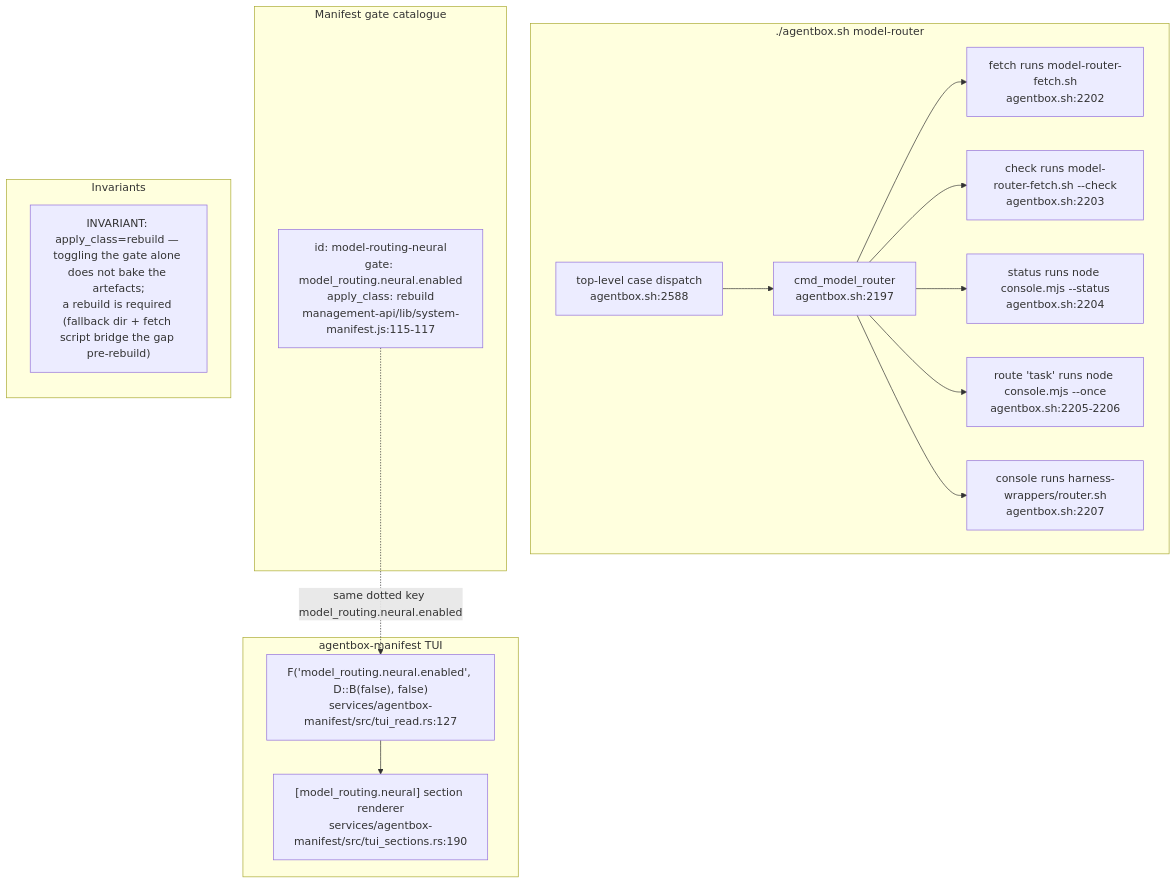
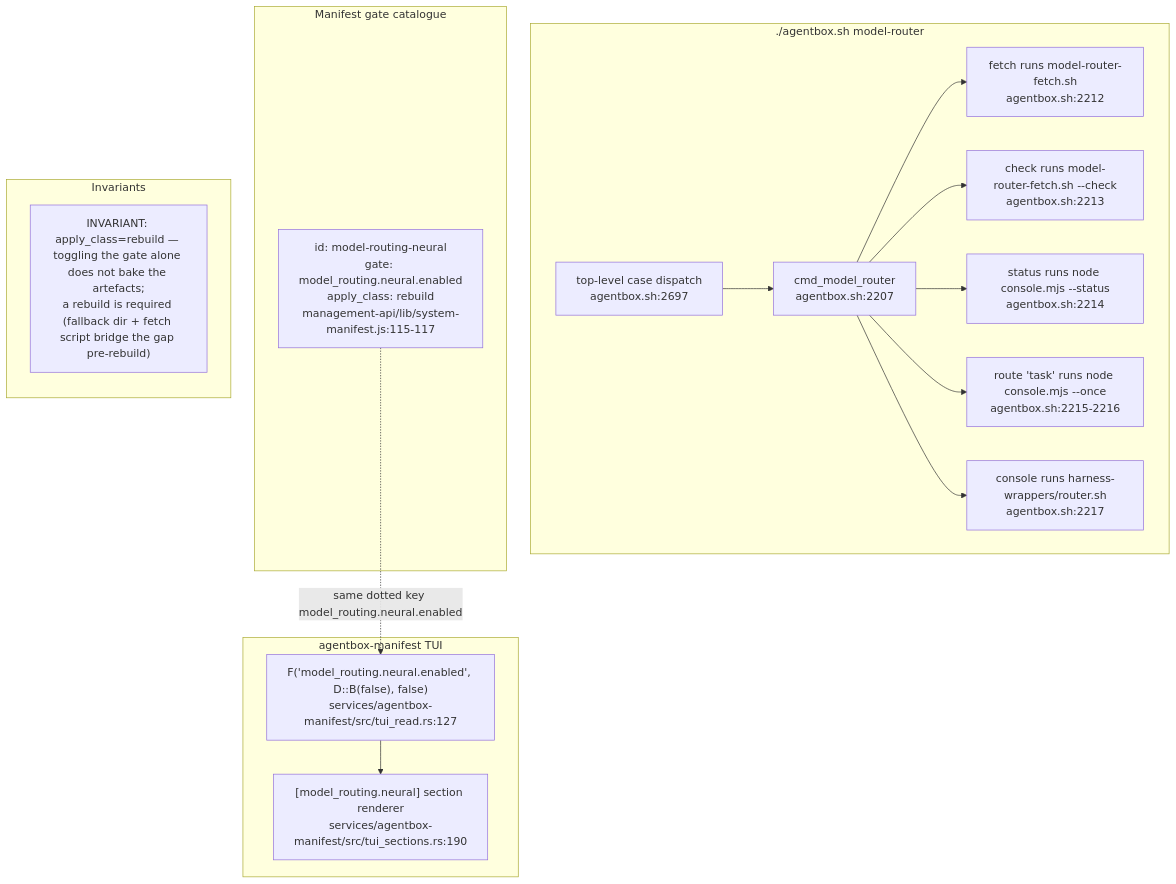
One commit to DreamLab-AI/VisionFlow changed the eighth of 9 diagrams in docs/diagrams/agentbox/29-metaharness-router-console.md. Above: the diagram before and after it, drawn with Mermaid. The commit also changed other lines of this file and 80 other files, not shown here.

First line of the commit message:
docs(diagrams): re-verify the agentbox, dreamlab, estate and visionflow corpus against current sources

````diff
--- a/docs/diagrams/agentbox/29-metaharness-router-console.md
+++ b/docs/diagrams/agentbox/29-metaharness-router-console.md
@@ -269,32 +269,32 @@
 ```mermaid
 flowchart TB
     subgraph cli["./agentbox.sh model-router <sub>"]
-        CMD["cmd_model_router<br/>agentbox.sh:2197"]
-        FETCH2["fetch runs model-router-fetch.sh<br/>agentbox.sh:2202"]
-        CHECK2["check runs model-router-fetch.sh --check<br/>agentbox.sh:2203"]
-        STATUS2["status runs node console.mjs --status<br/>agentbox.sh:2204"]
-        ROUTE2["route 'task' runs node console.mjs --once<br/>agentbox.sh:2205-2206"]
-        CONSOLE2["console runs harness-wrappers/router.sh<br/>agentbox.sh:2207"]
-        DISPATCH["top-level case dispatch<br/>agentbox.sh:2588"]
+        CMD["cmd_model_router<br/>agentbox.sh:2207"]
+        FETCH2["fetch runs model-router-fetch.sh<br/>agentbox.sh:2212"]
+        CHECK2["check runs model-router-fetch.sh --check<br/>agentbox.sh:2213"]
+        STATUS2["status runs node console.mjs --status<br/>agentbox.sh:2214"]
+        ROUTE2["route 'task' runs node console.mjs --once<br/>agentbox.sh:2215-2216"]
+        CONSOLE2["console runs harness-wrappers/router.sh<br/>agentbox.sh:2217"]
+        DISPATCH["top-level case dispatch<br/>agentbox.sh:2697"]
     end
     subgraph catalogue["Manifest gate catalogue"]
         GATE["id: model-routing-neural<br/>gate: model_routing.neural.enabled<br/>apply_class: rebuild<br/>management-api/lib/system-manifest.js:115-117"]
     end
     subgraph tui["agentbox-manifest TUI"]
         READ["F('model_routing.neural.enabled', D::B(false), false)<br/>services/agentbox-manifest/src/tui_read.rs:127"]
         RENDER["[model_routing.neural] section renderer<br/>services/agentbox-manifest/src/tui_sections.rs:190"]
     end
     DISPATCH --> CMD
     CMD --> FETCH2
     CMD --> CHECK2
     CMD --> STATUS2
     CMD --> ROUTE2
     CMD --> CONSOLE2
     GATE -.->|"same dotted key model_routing.neural.enabled"| READ
     READ --> RENDER
     subgraph notes["Invariants"]
         direction TB
         N1["INVARIANT: apply_class=rebuild — toggling the gate alone does not bake the artefacts;<br/>a rebuild is required (fallback dir + fetch script bridge the gap pre-rebuild)"]
         N1
     end
 ```
````
